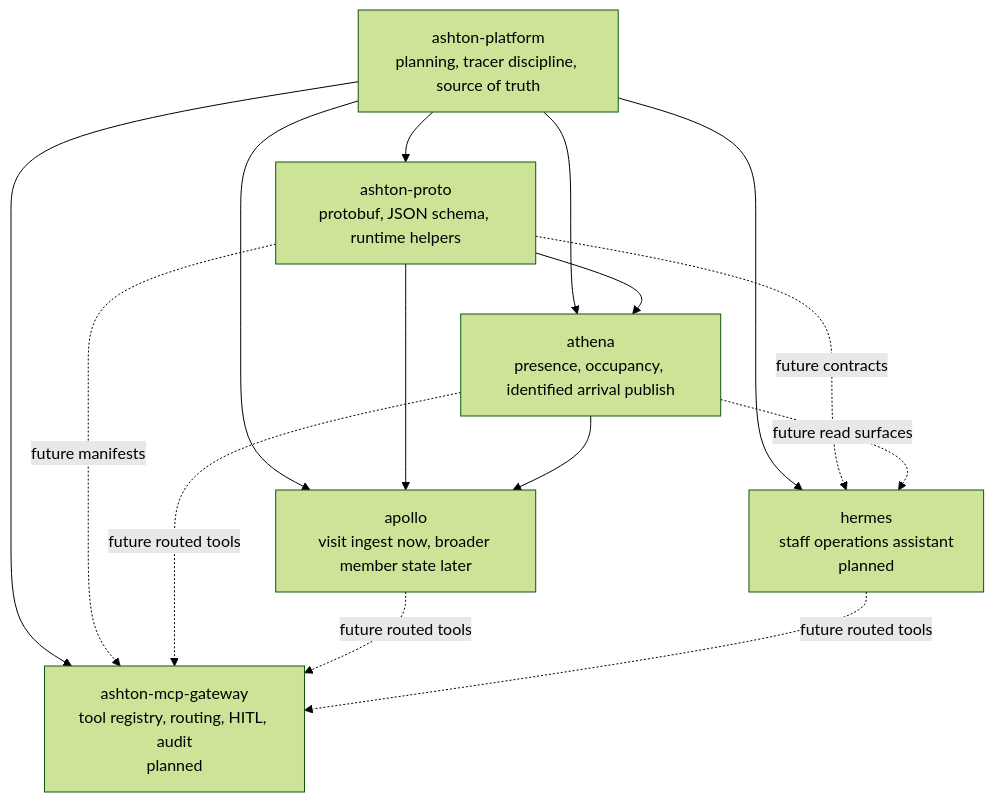
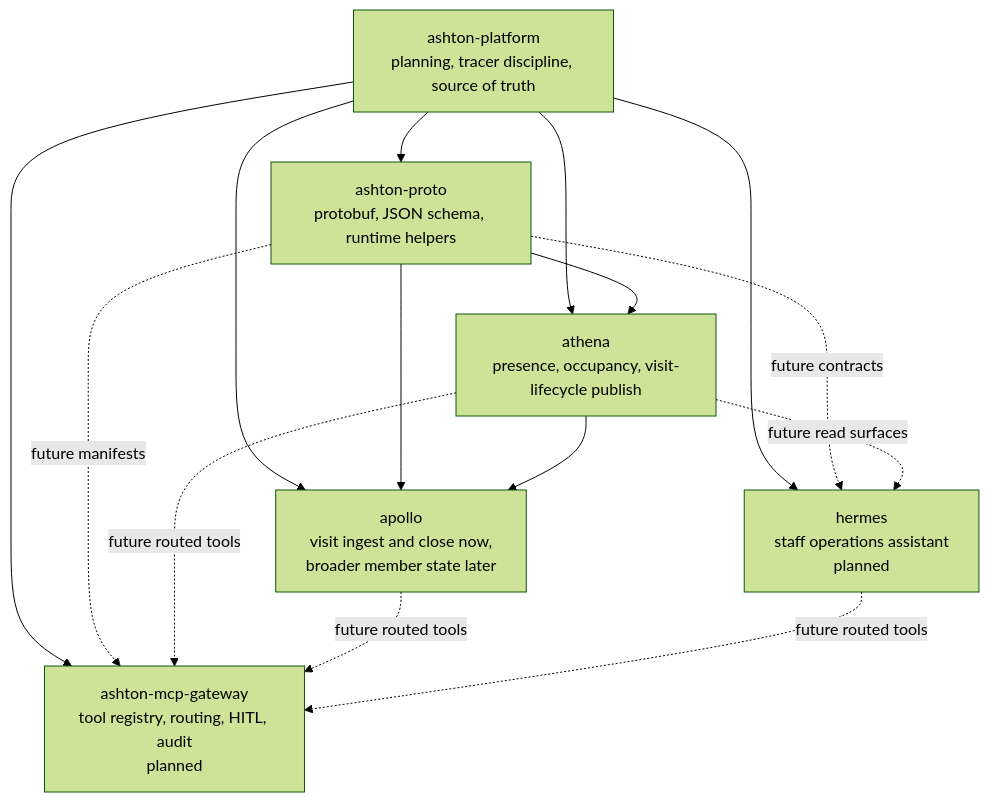
The diagram in planning/diagrams/platform-system.mmd (ixxet/ashton-platform), drawn with Mermaid (forest theme) before and after one commit. The commit also changed 7 other files, not shown here.

```diff
--- a/planning/diagrams/platform-system.mmd
+++ b/planning/diagrams/platform-system.mmd
@@ -1,24 +1,24 @@
 flowchart TD
   platform["ashton-platform<br/>planning, tracer discipline, source of truth"]
   proto["ashton-proto<br/>protobuf, JSON schema, runtime helpers"]
-  athena["athena<br/>presence, occupancy, identified arrival publish"]
-  apollo["apollo<br/>visit ingest now, broader member state later"]
+  athena["athena<br/>presence, occupancy, visit-lifecycle publish"]
+  apollo["apollo<br/>visit ingest and close now,<br/>broader member state later"]
   hermes["hermes<br/>staff operations assistant<br/>planned"]
   gateway["ashton-mcp-gateway<br/>tool registry, routing, HITL, audit<br/>planned"]
 
   platform --> proto
   platform --> athena
   platform --> apollo
   platform --> hermes
   platform --> gateway
 
   proto --> athena
   proto --> apollo
   proto -. future contracts .-> hermes
   proto -. future manifests .-> gateway
 
   athena --> apollo
   athena -. future read surfaces .-> hermes
   athena -. future routed tools .-> gateway
   apollo -. future routed tools .-> gateway
   hermes -. future routed tools .-> gateway
```
